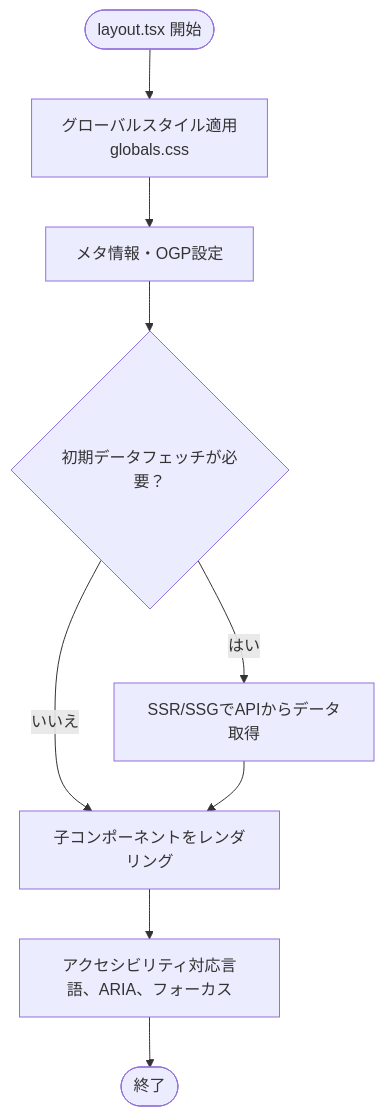
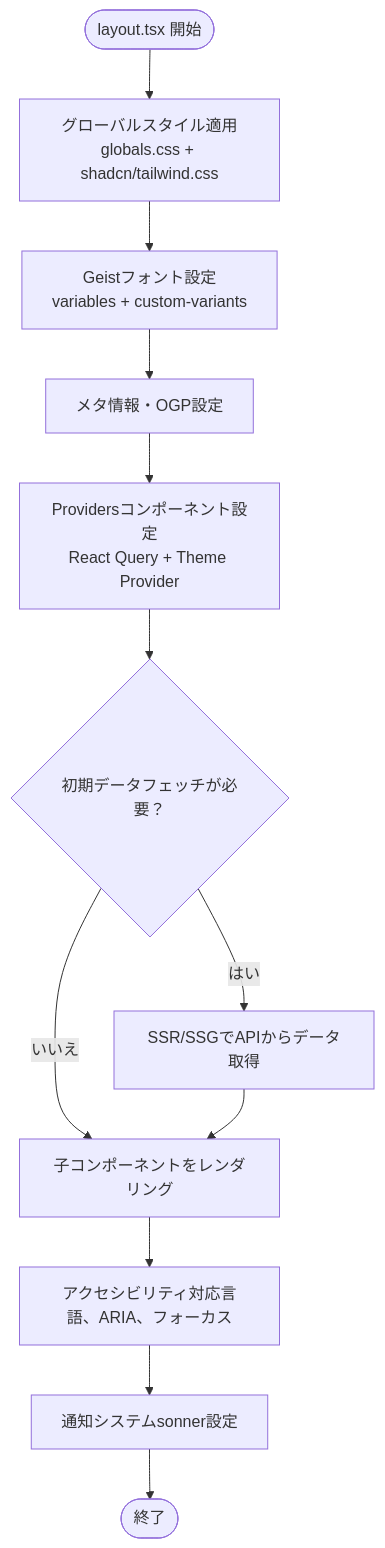
The third of 10 diagrams in .qoder/repowiki/ja/content/フロントエンド開発.md (ss8806/Todos), drawn with Mermaid before and after one commit. The commit also changed other lines of this file and 3 other files, not shown here.

````diff
--- a/.qoder/repowiki/ja/content/フロントエンド開発.md
+++ b/.qoder/repowiki/ja/content/フロントエンド開発.md
@@ -176,11 +249,14 @@
 ```mermaid
 flowchart TD
-Start(["layout.tsx 開始"]) --> ApplyGlobalStyles["グローバルスタイル適用<br/>globals.css"]
-ApplyGlobalStyles --> SetupMeta["メタ情報・OGP設定"]
-SetupMeta --> SSRCheck{"初期データフェッチが必要？"}
+Start(["layout.tsx 開始"]) --> ApplyGlobalStyles["グローバルスタイル適用<br/>globals.css + shadcn/tailwind.css"]
+ApplyGlobalStyles --> SetupFonts["Geistフォント設定<br/>variables + custom-variants"]
+SetupFonts --> SetupMeta["メタ情報・OGP設定"]
+SetupMeta --> SetupProviders["Providersコンポーネント設定<br/>React Query + Theme Provider"]
+SetupProviders --> SSRCheck{"初期データフェッチが必要？"}
 SSRCheck --> |はい| FetchData["SSR/SSGでAPIからデータ取得"]
 SSRCheck --> |いいえ| RenderChildren["子コンポーネントをレンダリング"]
 FetchData --> RenderChildren
 RenderChildren --> Accessibility["アクセシビリティ対応言語、ARIA、フォーカス"]
-Accessibility --> End(["終了"])
+Accessibility --> ToastNotification["通知システムsonner設定"]
+ToastNotification --> End(["終了"])
 ```
````
